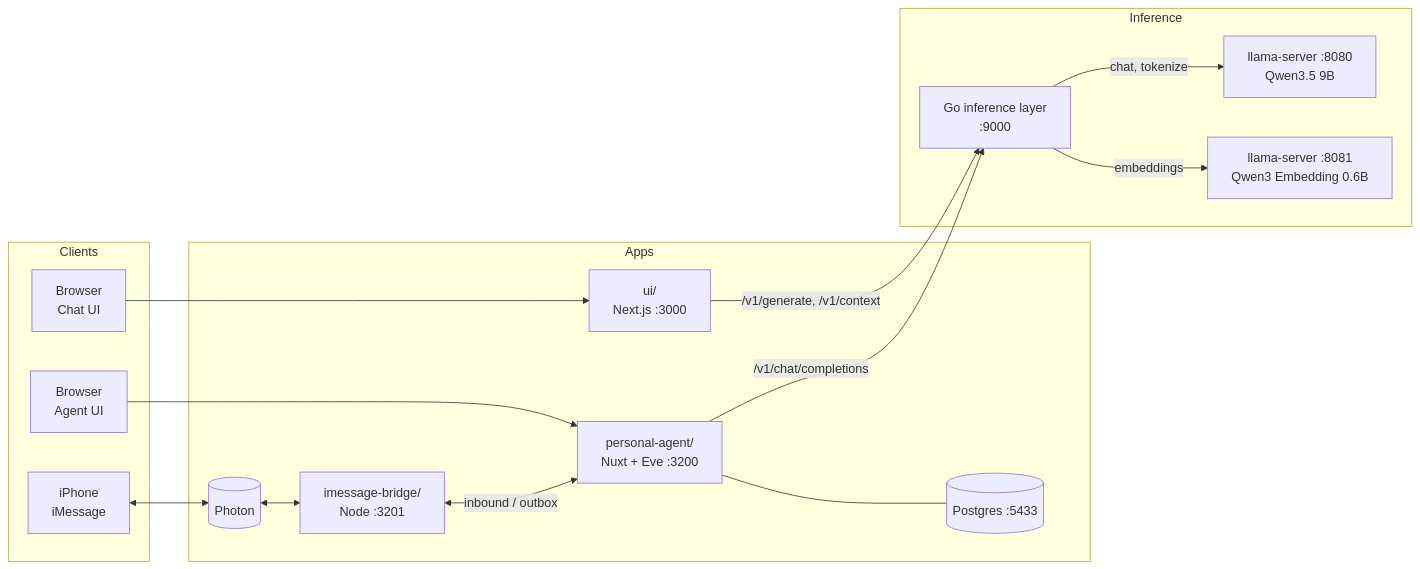
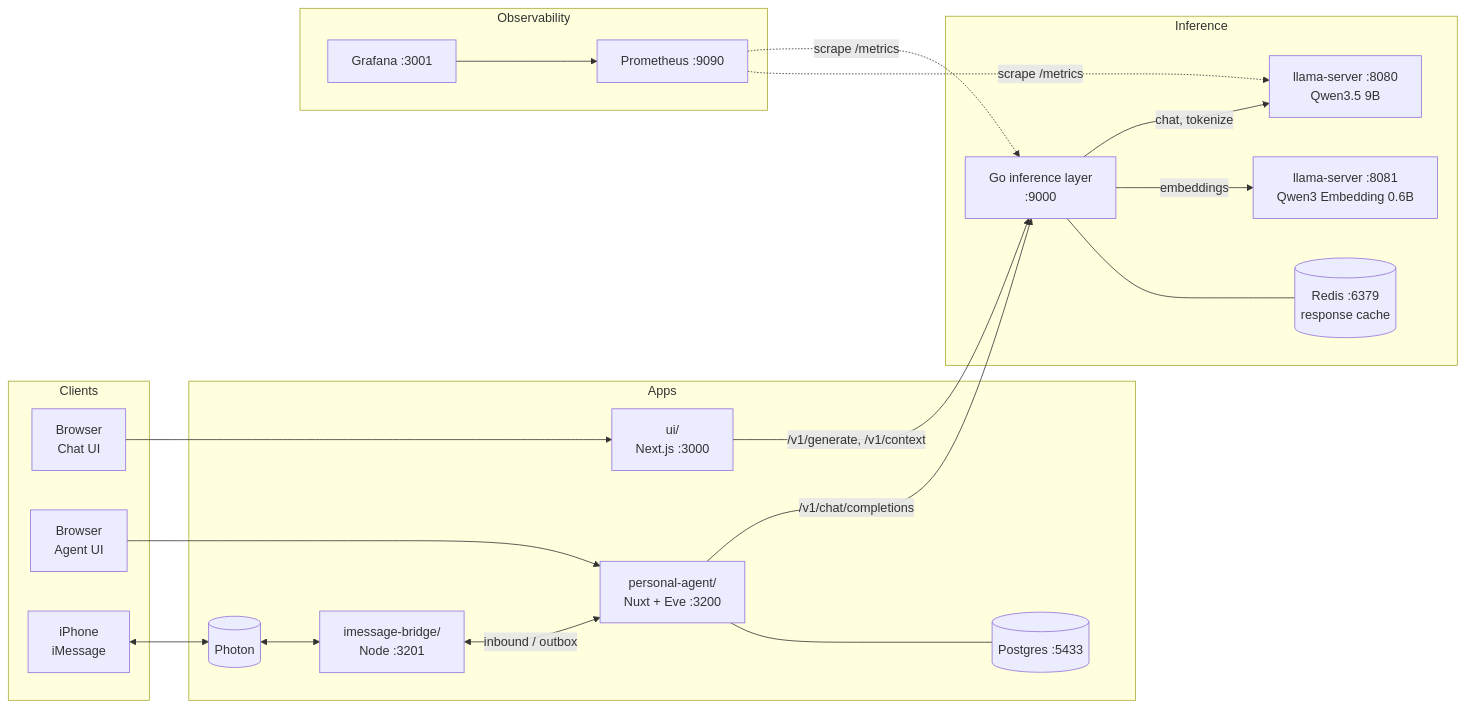
Before and after one commit to ojas1542/MyInferenceLayerFoundation: the diagram in README.md, drawn with Mermaid. The commit also changed other lines of this file and 19 other files, not shown here.

First line of the commit message:
Add metrics, admission control, a Redis cache and a cache benchmark

````diff
--- a/README.md
+++ b/README.md
@@ -7,29 +8,39 @@
 ```mermaid
 flowchart LR
   subgraph Clients
     B1[Browser<br/>Chat UI]
     B2[Browser<br/>Agent UI]
     P[iPhone<br/>iMessage]
   end
 
   subgraph Apps
     UI["ui/<br/>Next.js :3000"]
     AG["personal-agent/<br/>Nuxt + Eve :3200"]
     BR["imessage-bridge/<br/>Node :3201"]
     PH[(Photon)]
     PG[(Postgres :5433)]
   end
 
   subgraph Inference
     GO["Go inference layer<br/>:9000"]
+    RD[(Redis :6379<br/>response cache)]
     LC["llama-server :8080<br/>Qwen3.5 9B"]
     LE["llama-server :8081<br/>Qwen3 Embedding 0.6B"]
+  end
+
+  subgraph Observability
+    PR[Prometheus :9090]
+    GF[Grafana :3001]
   end
 
   B1 --> UI -->|/v1/generate, /v1/context| GO
   B2 --> AG -->|/v1/chat/completions| GO
   P <--> PH <--> BR <-->|inbound / outbox| AG
   AG --- PG
   GO -->|chat, tokenize| LC
   GO -->|embeddings| LE
+  GO --- RD
+  PR -.->|scrape /metrics| GO
+  PR -.->|scrape /metrics| LC
+  GF --> PR
 ```
````
